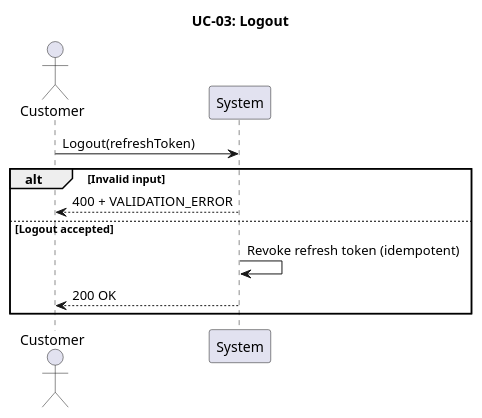
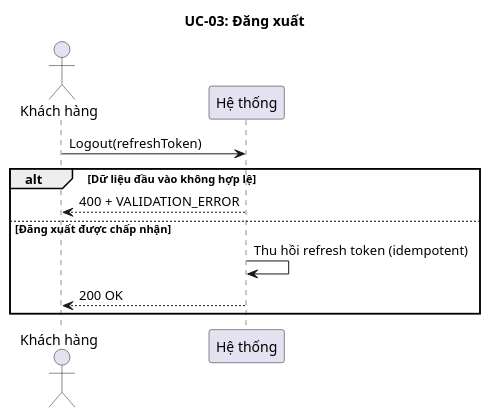
Before and after one commit to Phunguy65/train-ticket-booking-system-plus: the second of 7 diagrams in docs/usecases/UC-03-dang-xuat.md, drawn with PlantUML. The commit also changed other lines of this file and 14 other files, not shown here.

````diff
--- a/docs/usecases/UC-03-dang-xuat.md
+++ b/docs/usecases/UC-03-dang-xuat.md
@@ -20,16 +38,16 @@
 ```plantuml
 @startuml UC-03
-title UC-03: Logout
+title UC-03: Đăng xuất
 
-actor "Customer" as Actor
-participant "System" as API
+actor "Khách hàng" as Actor
+participant "Hệ thống" as API
 
 Actor -> API: Logout(refreshToken)
-alt Invalid input
+alt Dữ liệu đầu vào không hợp lệ
     API --> Actor: 400 + VALIDATION_ERROR
-else Logout accepted
-    API -> API: Revoke refresh token (idempotent)
+else Đăng xuất được chấp nhận
+    API -> API: Thu hồi refresh token (idempotent)
     API --> Actor: 200 OK
 end
 @enduml
 ```
````
